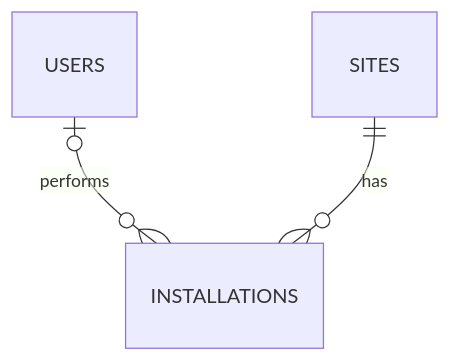
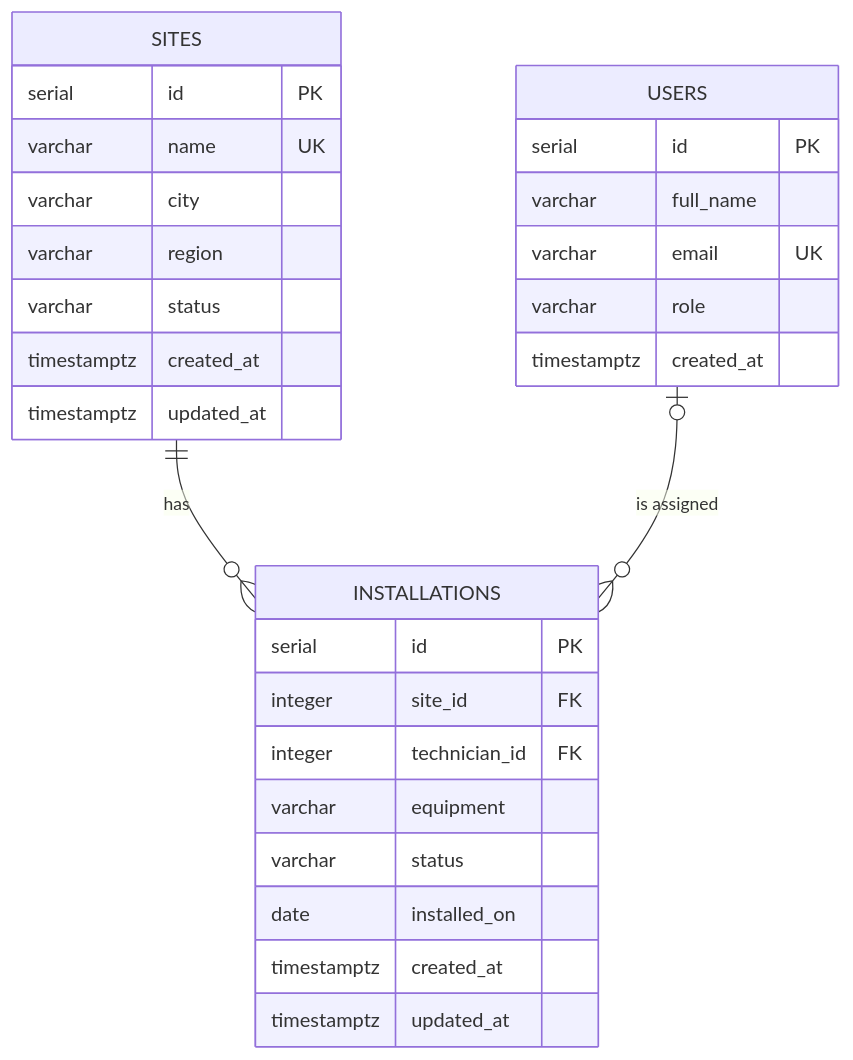
One commit to FlemingJohn/site-operation-dashboard changed the third of 3 diagrams in README.md. Above: the diagram before and after it, drawn with Mermaid. The commit also changed other lines of this file, not shown here.

````diff
--- a/README.md
+++ b/README.md
@@ -284,5 +329,34 @@
 ```mermaid
 erDiagram
-    USERS |o--o{ INSTALLATIONS : "performs"
     SITES ||--o{ INSTALLATIONS : "has"
+    USERS |o--o{ INSTALLATIONS : "is assigned"
+
+    SITES {
+        serial id PK
+        varchar name UK
+        varchar city
+        varchar region
+        varchar status
+        timestamptz created_at
+        timestamptz updated_at
+    }
+
+    INSTALLATIONS {
+        serial id PK
+        integer site_id FK
+        integer technician_id FK
+        varchar equipment
+        varchar status
+        date installed_on
+        timestamptz created_at
+        timestamptz updated_at
+    }
+
+    USERS {
+        serial id PK
+        varchar full_name
+        varchar email UK
+        varchar role
+        timestamptz created_at
+    }
 ```
````
